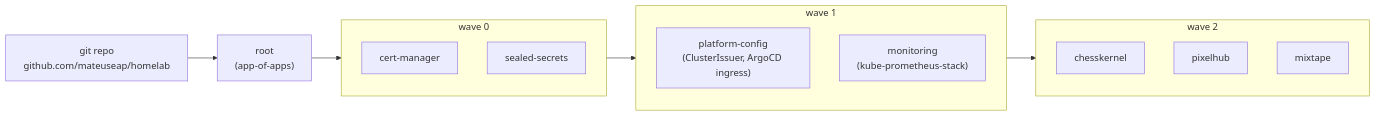
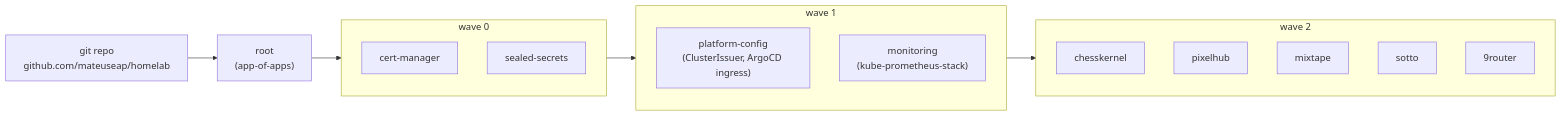
One commit to mateuseap/homelab changed the second of 5 diagrams in docs/architecture/overview.md. Above: the diagram before and after it, drawn with Mermaid. The commit also changed other lines of this file and 4 other files, not shown here.

````diff
--- a/docs/architecture/overview.md
+++ b/docs/architecture/overview.md
@@ -62,23 +73,25 @@
 ```mermaid
 graph LR
     Git["git repo<br/>github.com/mateuseap/homelab"]
     Root["root<br/>(app-of-apps)"]
 
     Git --> Root
 
     subgraph w0["wave 0"]
         CM["cert-manager"]
         SS["sealed-secrets"]
     end
     subgraph w1["wave 1"]
         PC["platform-config<br/>(ClusterIssuer, ArgoCD ingress)"]
         MON["monitoring<br/>(kube-prometheus-stack)"]
     end
     subgraph w2["wave 2"]
         CK["chesskernel"]
         PH["pixelhub"]
         MIX["mixtape"]
+        SOT["sotto"]
+        R9R["9router"]
     end
 
     Root --> w0 --> w1 --> w2
 ```
````
